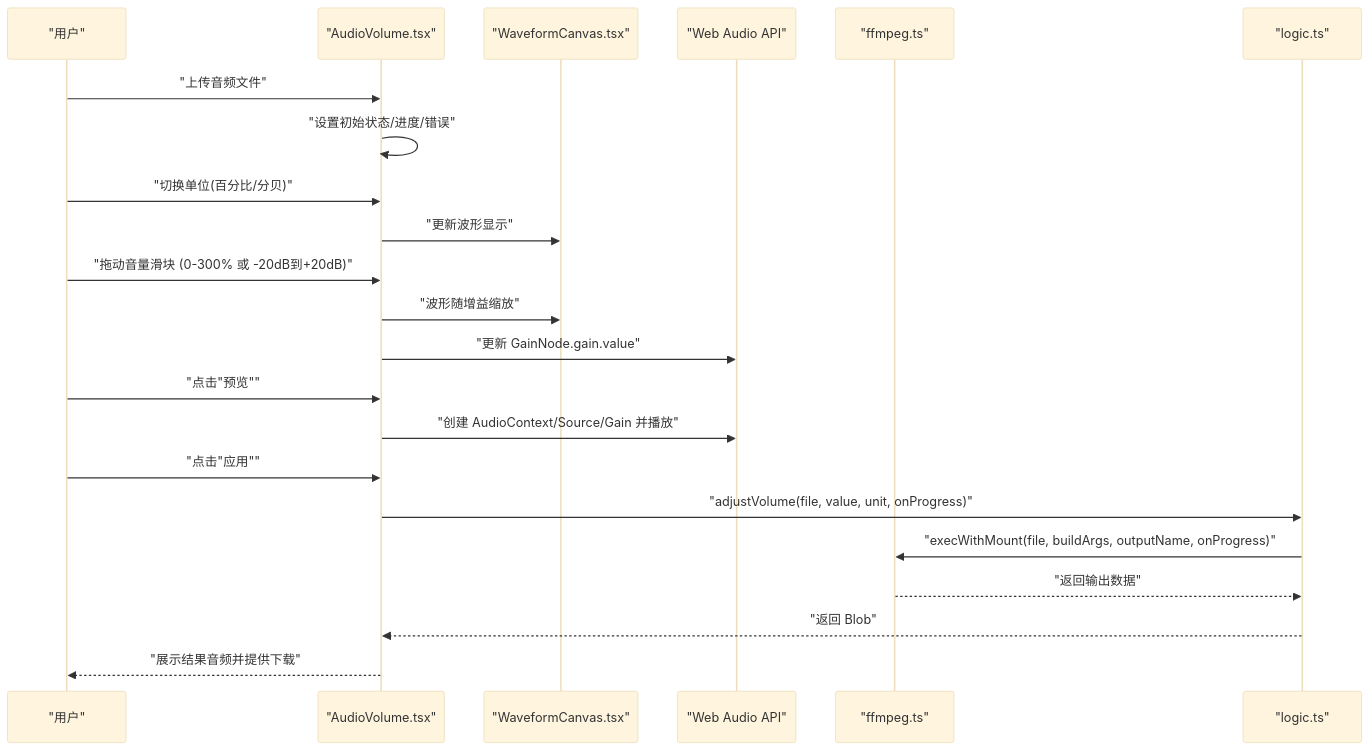
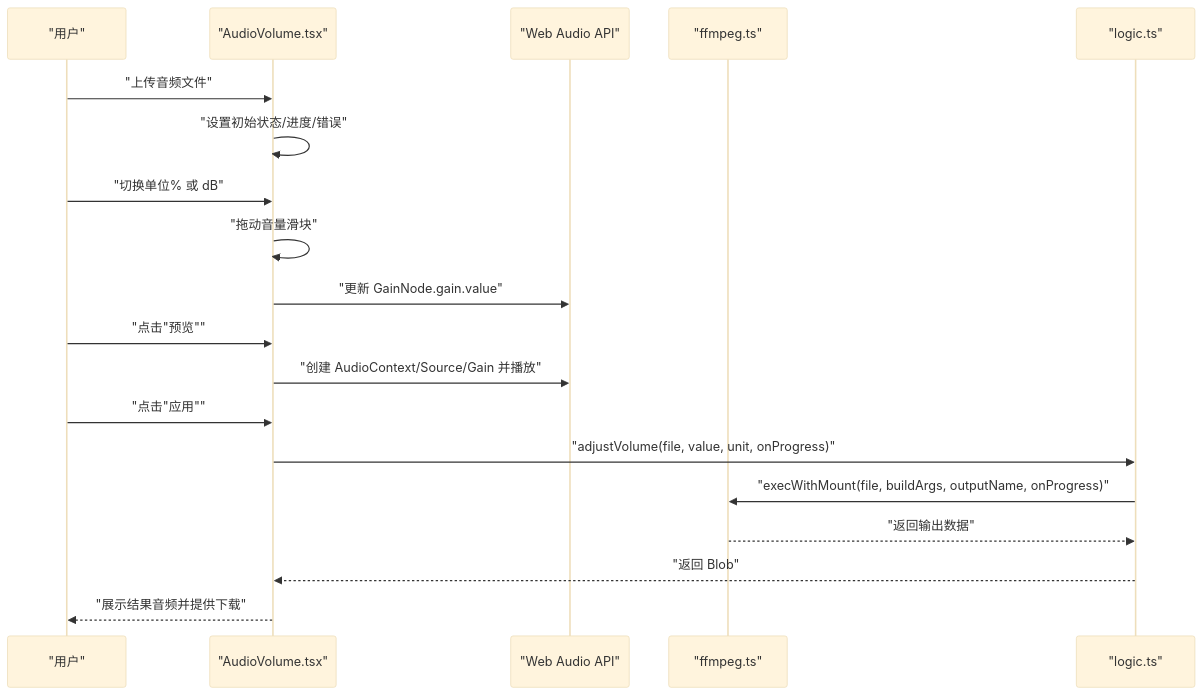
The second of 7 diagrams in .qoder/repowiki/zh/content/音频工具/音量调节.md (sgyy/privadeck), drawn with Mermaid (base theme) before and after one commit. The commit also changed other lines of this file and 48 other files, not shown here.

````diff
--- a/.qoder/repowiki/zh/content/音频工具/音量调节.md
+++ b/.qoder/repowiki/zh/content/音频工具/音量调节.md
@@ -152,24 +130,21 @@
 ```mermaid
 sequenceDiagram
 participant U as "用户"
 participant UI as "AudioVolume.tsx"
-participant WF as "WaveformCanvas.tsx"
 participant WA as "Web Audio API"
 participant FF as "ffmpeg.ts"
 participant LG as "logic.ts"
 U->>UI : "上传音频文件"
 UI->>UI : "设置初始状态/进度/错误"
-U->>UI : "切换单位(百分比/分贝)"
-UI->>WF : "更新波形显示"
-U->>UI : "拖动音量滑块 (0-300% 或 -20dB到+20dB)"
-UI->>WF : "波形随增益缩放"
+U->>UI : "切换单位% 或 dB"
+UI->>UI : "拖动音量滑块"
 UI->>WA : "更新 GainNode.gain.value"
 U->>UI : "点击"预览""
 UI->>WA : "创建 AudioContext/Source/Gain 并播放"
 U->>UI : "点击"应用""
 UI->>LG : "adjustVolume(file, value, unit, onProgress)"
 LG->>FF : "execWithMount(file, buildArgs, outputName, onProgress)"
 FF-->>LG : "返回输出数据"
 LG-->>UI : "返回 Blob"
 UI-->>U : "展示结果音频并提供下载"
 ```
````
